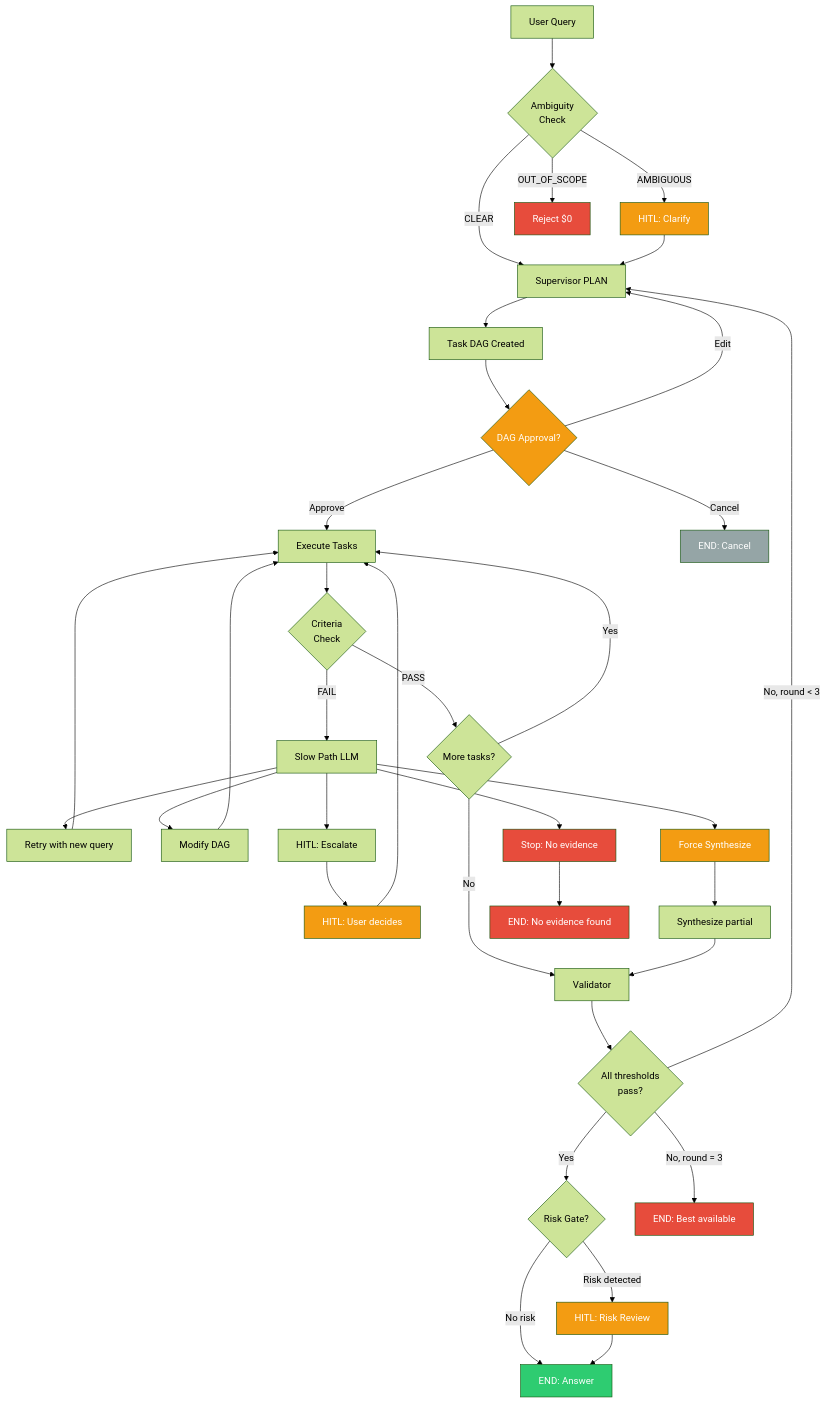
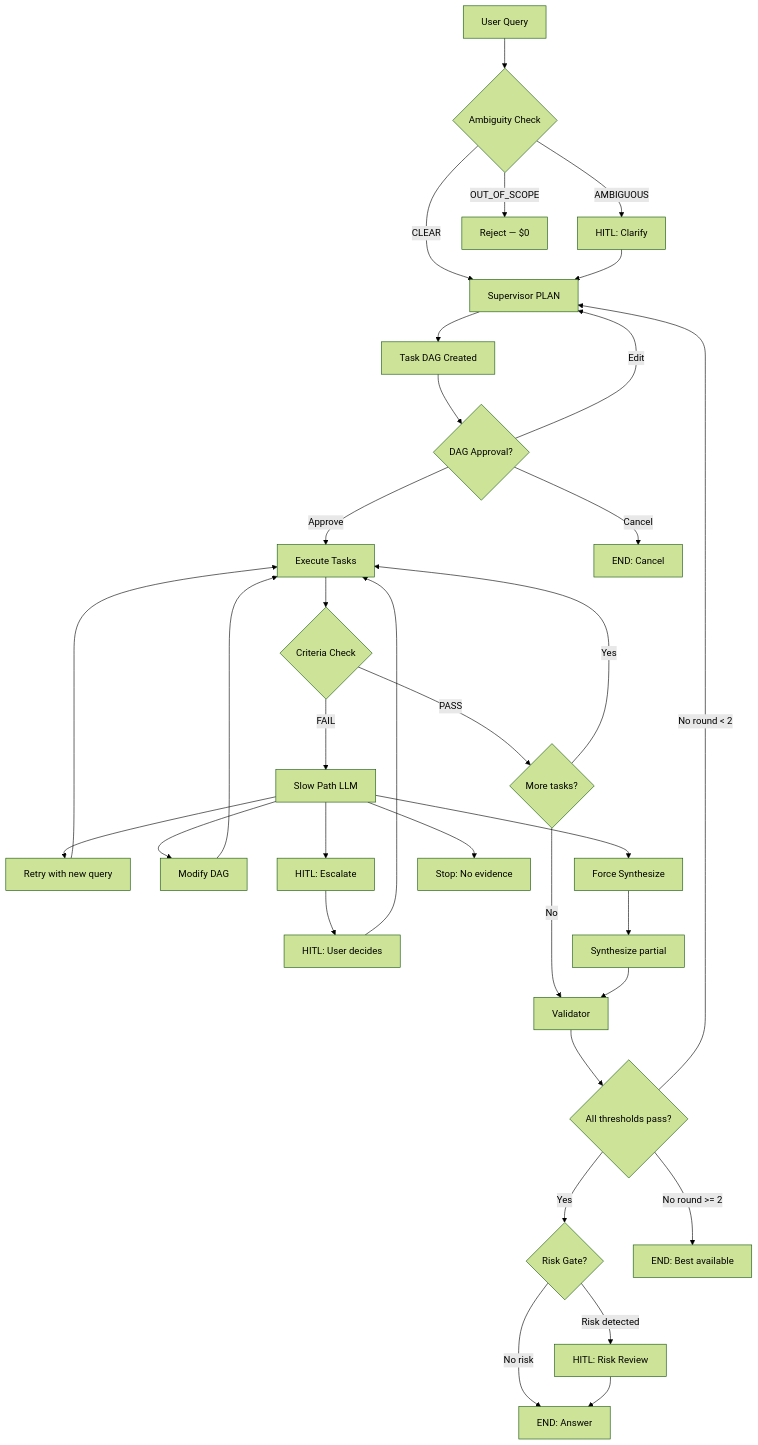
The first of 5 diagrams in docs_md/05_Demo_and_Architecture.md (SalilBhatnagarDE/masis), drawn with Mermaid (forest theme) before and after one commit. The commit also changed other lines of this file and 161 other files, not shown here.

````diff
--- a/docs_md/05_Demo_and_Architecture.md
+++ b/docs_md/05_Demo_and_Architecture.md
@@ -150,57 +9,43 @@
 ```mermaid
 flowchart TD
-    Q[User Query] --> AMB{Ambiguity<br/>Check}
+    Q[User Query] --> AMB{Ambiguity Check}
     AMB -->|CLEAR| SUP[Supervisor PLAN]
     AMB -->|AMBIGUOUS| HITL1[HITL: Clarify]
-    AMB -->|OUT_OF_SCOPE| REJECT[Reject $0]
+    AMB -->|OUT_OF_SCOPE| REJECT[Reject — $0]
     HITL1 --> SUP
 
     SUP --> DAG[Task DAG Created]
     DAG --> HITL2{DAG Approval?}
     HITL2 -->|Approve| EXE[Execute Tasks]
     HITL2 -->|Edit| SUP
     HITL2 -->|Cancel| END1[END: Cancel]
 
-    EXE --> CHECK{Criteria<br/>Check}
+    EXE --> CHECK{Criteria Check}
     CHECK -->|PASS| NEXT{More tasks?}
     CHECK -->|FAIL| SLOW[Slow Path LLM]
 
     NEXT -->|Yes| EXE
     NEXT -->|No| VAL[Validator]
 
     SLOW --> RETRY[Retry with new query]
     SLOW --> MODIFY[Modify DAG]
     SLOW --> ESCALATE[HITL: Escalate]
     SLOW --> FSYNTH[Force Synthesize]
     SLOW --> STOP[Stop: No evidence]
 
     RETRY --> EXE
     MODIFY --> EXE
     ESCALATE --> HITL3[HITL: User decides]
     HITL3 --> EXE
     FSYNTH --> SYNTH[Synthesize partial]
     SYNTH --> VAL
 
-    VAL --> VCHECK{All thresholds<br/>pass?}
+    VAL --> VCHECK{All thresholds pass?}
     VCHECK -->|Yes| RISK{Risk Gate?}
-    VCHECK -->|No, round < 3| SUP
-    VCHECK -->|No, round = 3| FORCE_END[END: Best available]
+    VCHECK -->|No round < 2| SUP
+    VCHECK -->|No round >= 2| FORCE_END[END: Best available]
 
     RISK -->|No risk| END2[END: Answer]
     RISK -->|Risk detected| HITL4[HITL: Risk Review]
     HITL4 --> END2
-
-    STOP --> END3[END: No evidence found]
-
-    style HITL1 fill:#F39C12,color:white
-    style HITL2 fill:#F39C12,color:white
-    style HITL3 fill:#F39C12,color:white
-    style HITL4 fill:#F39C12,color:white
-    style REJECT fill:#E74C3C,color:white
-    style STOP fill:#E74C3C,color:white
-    style FORCE_END fill:#E74C3C,color:white
-    style END1 fill:#95A5A6,color:white
-    style END2 fill:#2ECC71,color:white
-    style END3 fill:#E74C3C,color:white
-    style FSYNTH fill:#F39C12,color:white
 ```
````
